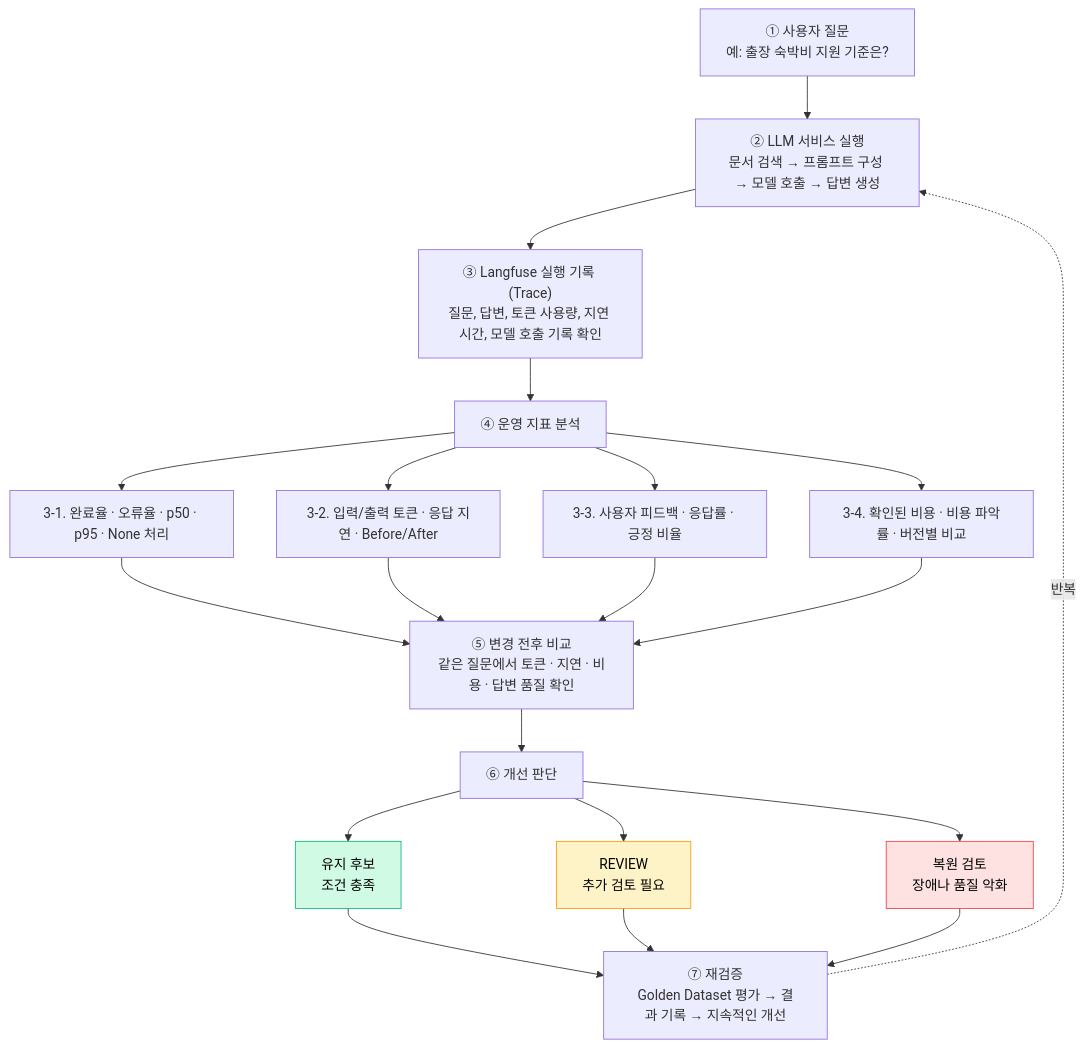
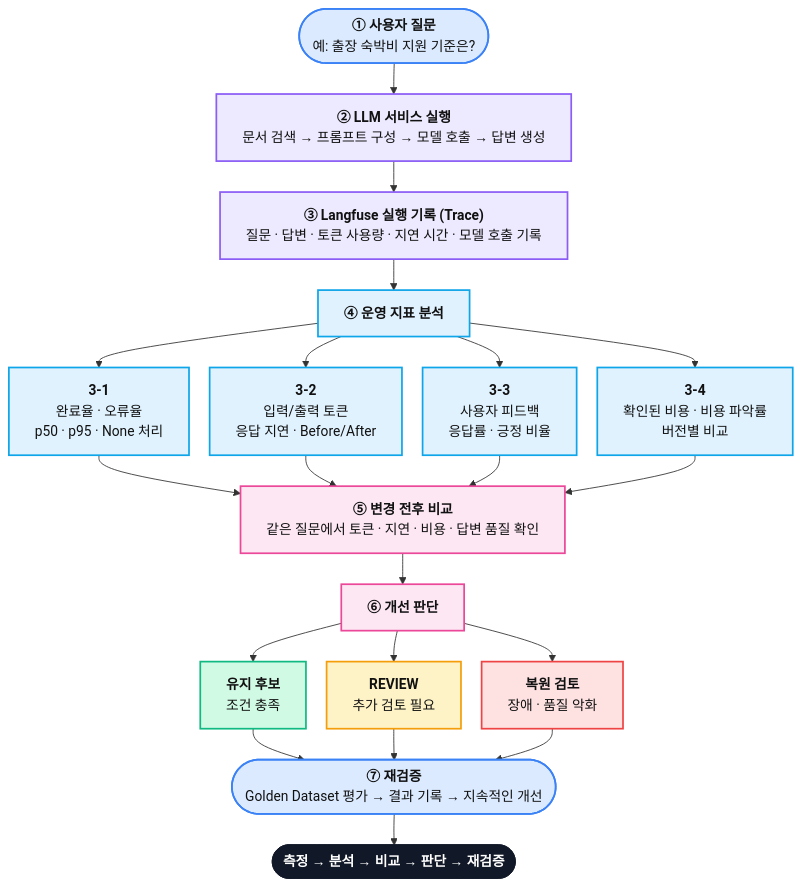
The diagram in Today_TIL/2026-11-03.md (chanyeongg3-design/LLM_study), drawn with Mermaid before and after one commit.

````diff
--- a/Today_TIL/2026-11-03.md
+++ b/Today_TIL/2026-11-03.md
@@ -5,29 +5,42 @@
 ```mermaid
+%%{init: {"flowchart": {"wrappingWidth": 700, "nodeSpacing": 24, "rankSpacing": 36}, "themeVariables": {"fontSize": "16px"}}}%%
 flowchart TD
-    A["① 사용자 질문<br/>예: 출장 숙박비 지원 기준은?"]
-    B["② LLM 서비스 실행<br/>문서 검색 → 프롬프트 구성 → 모델 호출 → 답변 생성"]
-    C["③ Langfuse 실행 기록 (Trace)<br/>질문, 답변, 토큰 사용량, 지연 시간, 모델 호출 기록 확인"]
-    D["④ 운영 지표 분석"]
-    D1["3-1. 완료율 · 오류율 · p50 · p95 · None 처리"]
-    D2["3-2. 입력/출력 토큰 · 응답 지연 · Before/After"]
-    D3["3-3. 사용자 피드백 · 응답률 · 긍정 비율"]
-    D4["3-4. 확인된 비용 · 비용 파악률 · 버전별 비교"]
-    E["⑤ 변경 전후 비교<br/>같은 질문에서 토큰 · 지연 · 비용 · 답변 품질 확인"]
-    F["⑥ 개선 판단"]
-    F1["유지 후보<br/>조건 충족"]
-    F2["REVIEW<br/>추가 검토 필요"]
-    F3["복원 검토<br/>장애나 품질 악화"]
-    G["⑦ 재검증<br/>Golden Dataset 평가 → 결과 기록 → 지속적인 개선"]
+    Q(["<b>① 사용자 질문</b><br/>예: 출장 숙박비 지원 기준은?"])
+    S["<b>② LLM 서비스 실행</b><br/>문서 검색 → 프롬프트 구성 → 모델 호출 → 답변 생성"]
+    T["<b>③ Langfuse 실행 기록 (Trace)</b><br/>질문 · 답변 · 토큰 사용량 · 지연 시간 · 모델 호출 기록"]
+    H["<b>④ 운영 지표 분석</b>"]
+    M1["<b>3-1</b><br/>완료율 · 오류율<br/>p50 · p95 · None 처리"]
+    M2["<b>3-2</b><br/>입력/출력 토큰<br/>응답 지연 · Before/After"]
+    M3["<b>3-3</b><br/>사용자 피드백<br/>응답률 · 긍정 비율"]
+    M4["<b>3-4</b><br/>확인된 비용 · 비용 파악률<br/>버전별 비교"]
+    CMP["<b>⑤ 변경 전후 비교</b><br/>같은 질문에서 토큰 · 지연 · 비용 · 답변 품질 확인"]
+    J["<b>⑥ 개선 판단</b>"]
+    J1["<b>유지 후보</b><br/>조건 충족"]
+    J2["<b>REVIEW</b><br/>추가 검토 필요"]
+    J3["<b>복원 검토</b><br/>장애 · 품질 악화"]
+    V(["<b>⑦ 재검증</b><br/>Golden Dataset 평가 → 결과 기록 → 지속적인 개선"])
+    K(["<b>측정 → 분석 → 비교 → 판단 → 재검증</b>"])
 
-    A --> B --> C --> D
-    D --> D1 & D2 & D3 & D4
-    D1 & D2 & D3 & D4 --> E --> F
-    F --> F1 & F2 & F3
-    F1 & F2 & F3 --> G
-    G -.->|반복| B
+    Q --> S --> T --> H
+    H --> M1 & M2 & M3 & M4
+    M1 & M2 & M3 & M4 --> CMP --> J
+    J --> J1 & J2 & J3
+    J1 & J2 & J3 --> V --> K
 
-    style F1 fill:#d1fae5,stroke:#10b981,color:#000
-    style F2 fill:#fef3c7,stroke:#f59e0b,color:#000
-    style F3 fill:#fee2e2,stroke:#ef4444,color:#000
-
+    classDef io fill:#dbeafe,stroke:#3b82f6,stroke-width:2px,color:#111
+    classDef run fill:#ede9fe,stroke:#8b5cf6,stroke-width:2px,color:#111
+    classDef met fill:#e0f2fe,stroke:#0ea5e9,stroke-width:2px,color:#111
+    classDef cmp fill:#fce7f3,stroke:#ec4899,stroke-width:2px,color:#111
+    classDef ok fill:#d1fae5,stroke:#10b981,stroke-width:2px,color:#111
+    classDef rv fill:#fef3c7,stroke:#f59e0b,stroke-width:2px,color:#111
+    classDef bad fill:#fee2e2,stroke:#ef4444,stroke-width:2px,color:#111
+    classDef key fill:#111827,stroke:#111827,color:#fff
+    class Q,V io
+    class S,T run
+    class H,M1,M2,M3,M4 met
+    class CMP,J cmp
+    class J1 ok
+    class J2 rv
+    class J3 bad
+    class K key
 ```
````
